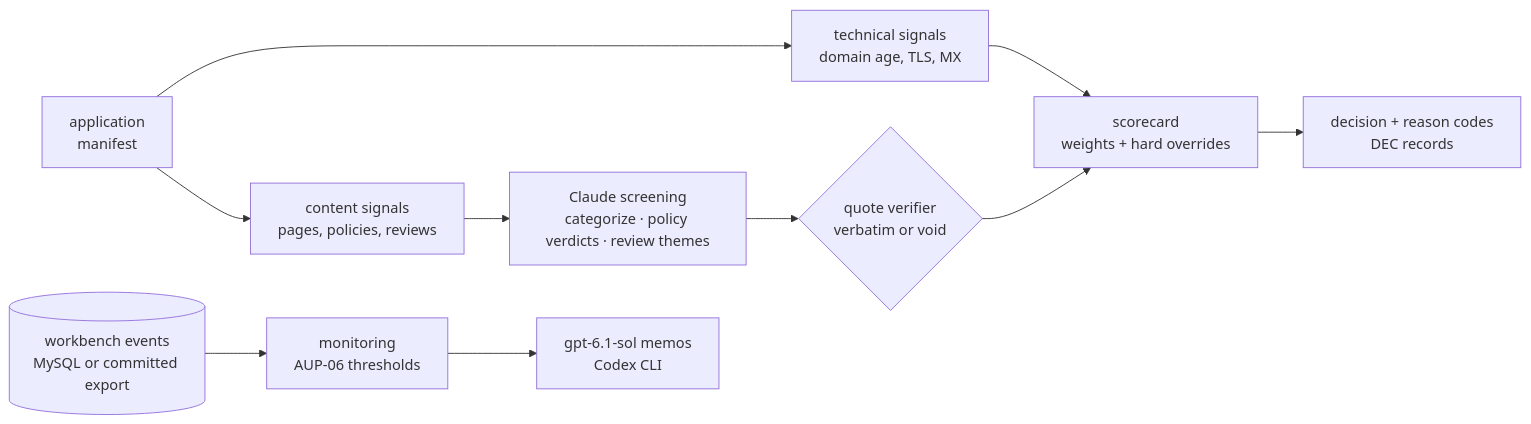
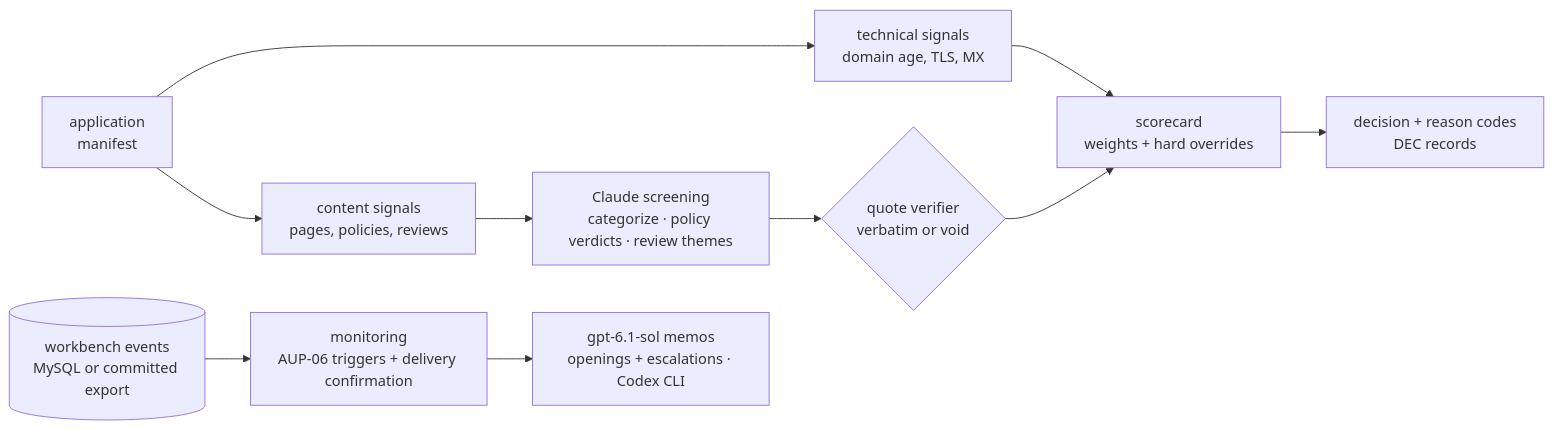
Before and after one commit to nacapule/merchant-risk-screener: the diagram in README.md, drawn with Mermaid. The commit also changed other lines of this file and 3 other files, not shown here.

````diff
--- a/README.md
+++ b/README.md
@@ -25,11 +29,11 @@
 ```mermaid
 graph LR
     A[application<br/>manifest] --> T[technical signals<br/>domain age, TLS, MX]
     A --> C[content signals<br/>pages, policies, reviews]
     C --> L[Claude screening<br/>categorize · policy verdicts · review themes]
     L --> V{quote verifier<br/>verbatim or void}
     T --> S[scorecard<br/>weights + hard overrides]
     V --> S
     S --> D[decision + reason codes<br/>DEC records]
-    M[("workbench events<br/>MySQL or committed export")] --> W[monitoring<br/>AUP-06 thresholds] --> MM[gpt-6.1-sol memos<br/>Codex CLI]
+    M[("workbench events<br/>MySQL or committed export")] --> W[monitoring<br/>AUP-06 triggers + delivery confirmation] --> MM[gpt-6.1-sol memos<br/>openings + escalations · Codex CLI]
 ```
````
